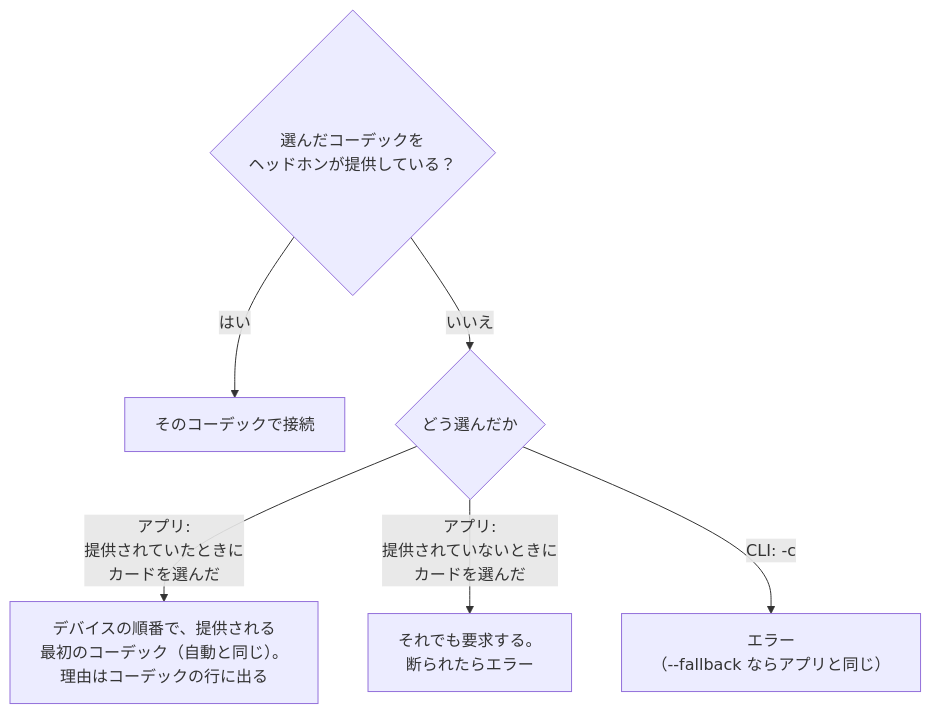
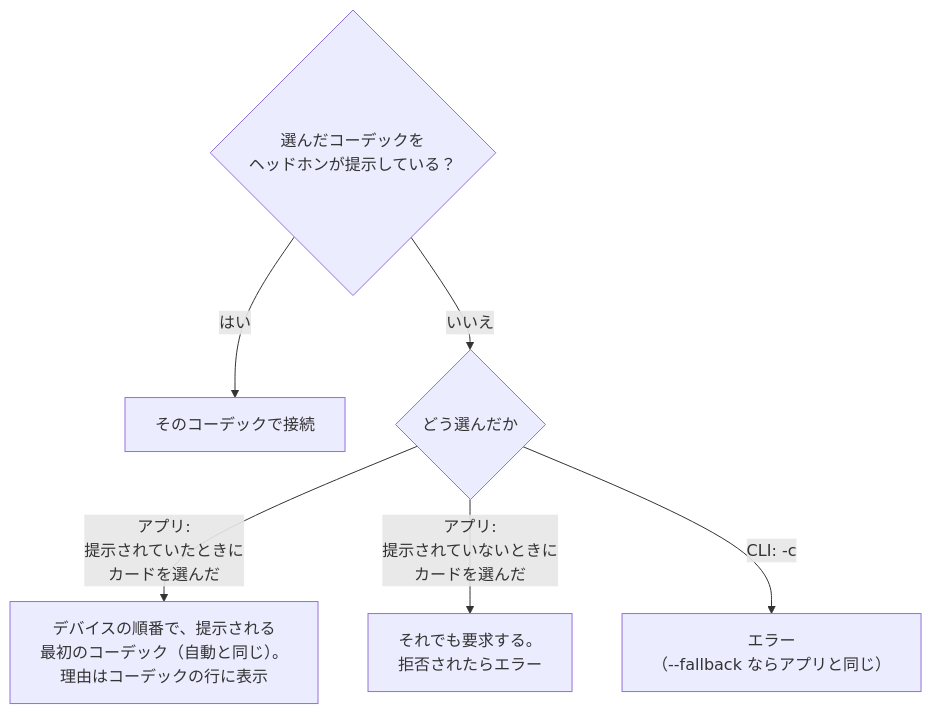
Before and after one commit to RxMaxx/A2DP-Windows-Bridge: the second of 2 diagrams in docs/ja/usage.md, drawn with Mermaid. The commit also changed other lines of this file and 105 other files, not shown here.

````diff
--- a/docs/ja/usage.md
+++ b/docs/ja/usage.md
@@ -433,15 +439,15 @@
 ```mermaid
 ---
 config:
   flowchart:
     wrappingWidth: 480
     rankSpacing: 30
 ---
 flowchart TD
-    q{"選んだコーデックを<br>ヘッドホンが提供している？"}
+    q{"選んだコーデックを<br>ヘッドホンが提示している？"}
     q -->|"はい"| use["そのコーデックで接続"]
     q -->|"いいえ"| how{"どう選んだか"}
-    how -->|"アプリ:<br>提供されていたときに<br>カードを選んだ"| fb["デバイスの順番で、提供される<br>最初のコーデック（自動と同じ）。<br>理由はコーデックの行に出る"]
-    how -->|"アプリ:<br>提供されていないときに<br>カードを選んだ"| force["それでも要求する。<br>断られたらエラー"]
+    how -->|"アプリ:<br>提示されていたときに<br>カードを選んだ"| fb["デバイスの順番で、提示される<br>最初のコーデック（自動と同じ）。<br>理由はコーデックの行に表示"]
+    how -->|"アプリ:<br>提示されていないときに<br>カードを選んだ"| force["それでも要求する。<br>拒否されたらエラー"]
     how -->|"CLI: -c"| cli["エラー<br>（--fallback ならアプリと同じ）"]
 ```
````
